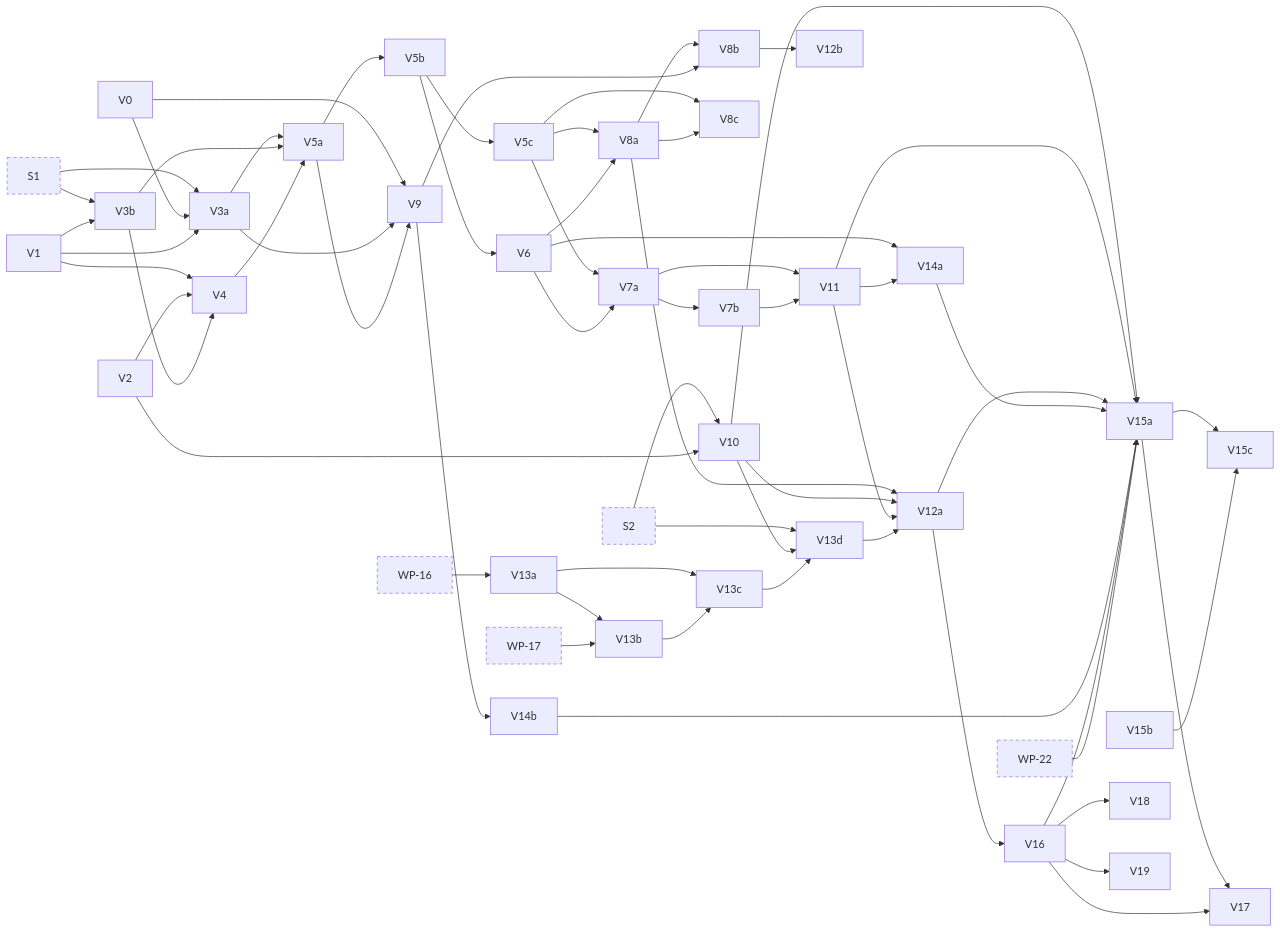
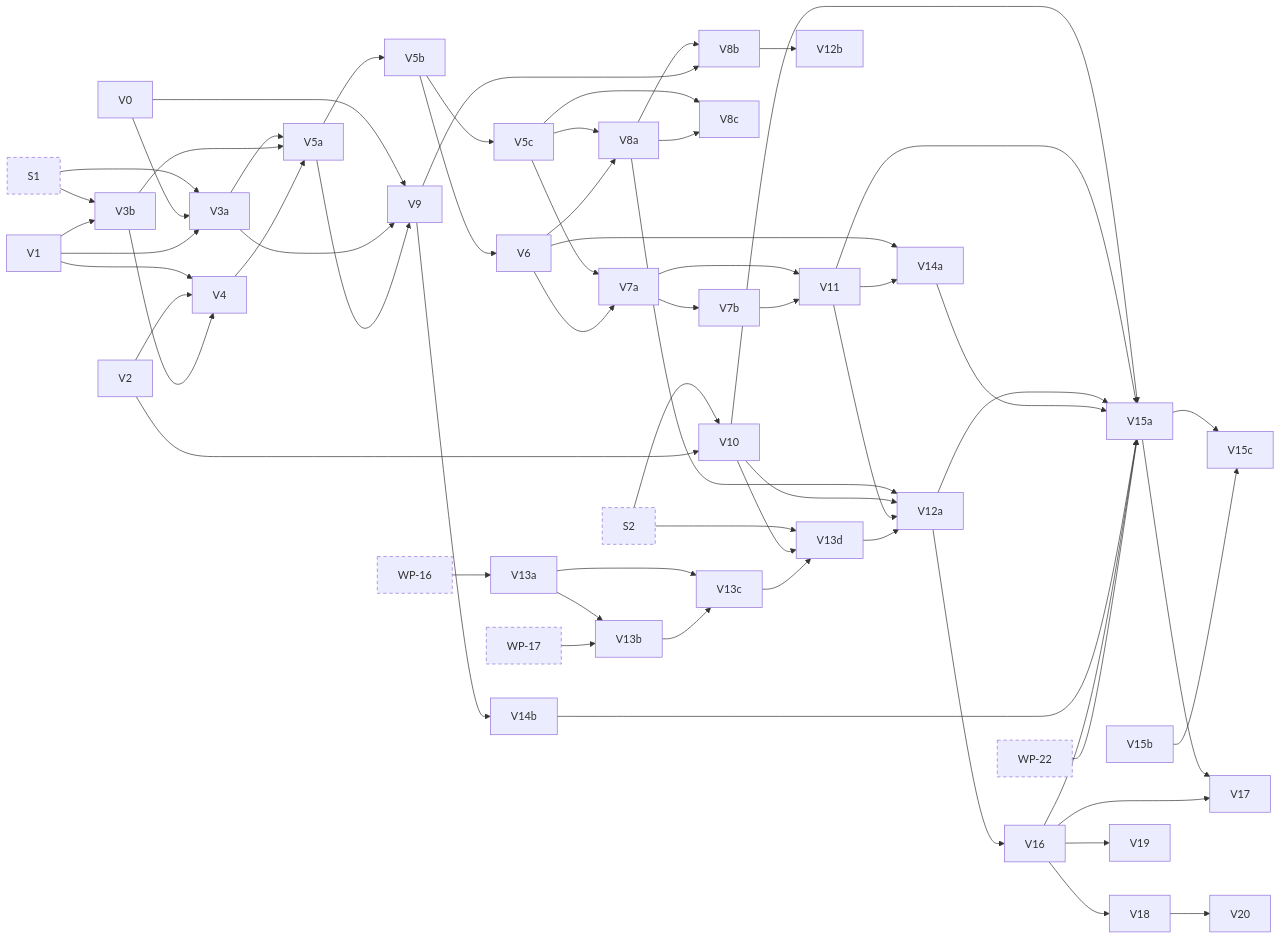
Before and after one commit to jhoblitt/rgw-go: the fourth of 11 diagrams in docs/superpowers/plans/2026-10-13-phase-2/dependencies.md, drawn with Mermaid. The commit also changed other lines of this file and 2 other files, not shown here.

Commit message:
docs(plan): add task V20 from V18's review
V18's review found that a versioned write whose version a delete
removes before its link leaves the key's OLH index entry marked for
removal and a version marker, as radosgw does. A later unversioned PUT
on a Suspended bucket then completes behind that marker, where no
listing reads, so the object reads back but is never listed. V20 makes
rgw-go's write that meets the state leave the key listable through the
class operations radosgw's own clear uses, or records why it cannot.

```diff
--- a/docs/superpowers/plans/2026-10-13-phase-2/dependencies.md
+++ b/docs/superpowers/plans/2026-10-13-phase-2/dependencies.md
@@ -229,6 +229,7 @@
   t_V17["V17"]
   t_V18["V18"]
   t_V19["V19"]
+  t_V20["V20"]
   t_S1["S1"]:::ext
   t_S2["S2"]:::ext
   t_WP_16["WP-16"]:::ext
@@ -294,6 +295,7 @@
   t_V16 --> t_V17
   t_V16 --> t_V18
   t_V16 --> t_V19
+  t_V18 --> t_V20
   click t_V0 href "https://github.com/jhoblitt/rgw-go/blob/main/docs/superpowers/plans/2026-10-13-phase-2/V-versioning.md#task-v0-a-failed-class-call-keeps-its-output" "V0: a failed class call keeps its output"
   click t_V1 href "https://github.com/jhoblitt/rgw-go/blob/main/docs/superpowers/plans/2026-10-13-phase-2/V-versioning.md#task-v1-clsrgw-olh-methods-bi_get-and-the-index-key-encoders" "V1: cls/rgw OLH methods, `bi_get` and the index key encoders"
   click t_V2 href "https://github.com/jhoblitt/rgw-go/blob/main/docs/superpowers/plans/2026-10-13-phase-2/V-versioning.md#task-v2-meta-olh-head-types-and-bucket-helpers" "V2: meta OLH head types and bucket helpers"
@@ -327,6 +329,7 @@
   click t_V17 href "https://github.com/jhoblitt/rgw-go/blob/main/docs/superpowers/plans/2026-10-13-phase-2/V-versioning.md#task-v17-deleteobjects-runs-a-names-skipped-olh-updates-after-its-last-delete-fails" "V17: DeleteObjects runs a name's skipped OLH updates after its last delete fails"
   click t_V18 href "https://github.com/jhoblitt/rgw-go/blob/main/docs/superpowers/plans/2026-10-13-phase-2/V-versioning.md#task-v18-a-versioned-write-whose-version-is-deleted-before-it-links-succeeds" "V18: a versioned write whose version is deleted before it links succeeds"
   click t_V19 href "https://github.com/jhoblitt/rgw-go/blob/main/docs/superpowers/plans/2026-10-13-phase-2/V-versioning.md#task-v19-another-requests-replay-keeps-a-versioned-deletes-object-lock-guard" "V19: another request's replay keeps a versioned delete's object-lock guard"
+  click t_V20 href "https://github.com/jhoblitt/rgw-go/blob/main/docs/superpowers/plans/2026-10-13-phase-2/V-versioning.md#task-v20-a-key-left-with-an-olh-entry-pending-removal-stays-listable" "V20: a key left with an OLH entry pending removal stays listable"
   click t_S1 href "https://github.com/jhoblitt/rgw-go/blob/main/docs/superpowers/plans/2026-10-13-phase-2/00-index.md#task-s1-fakeradoss-rgw-class-as-method-tables" "S1: fakerados's rgw class as method tables"
   click t_S2 href "https://github.com/jhoblitt/rgw-go/blob/main/docs/superpowers/plans/2026-10-13-phase-2/00-index.md#task-s2-route-sets-per-feature-and-the-env-slots" "S2: route sets per feature and the Env slots"
   click t_WP_16 href "https://github.com/jhoblitt/rgw-go/blob/main/docs/superpowers/plans/2026-10-13-phase-2/WP-write-path.md#task-wp-16-the-otp-class-client" "WP-16: the otp class client"
```
